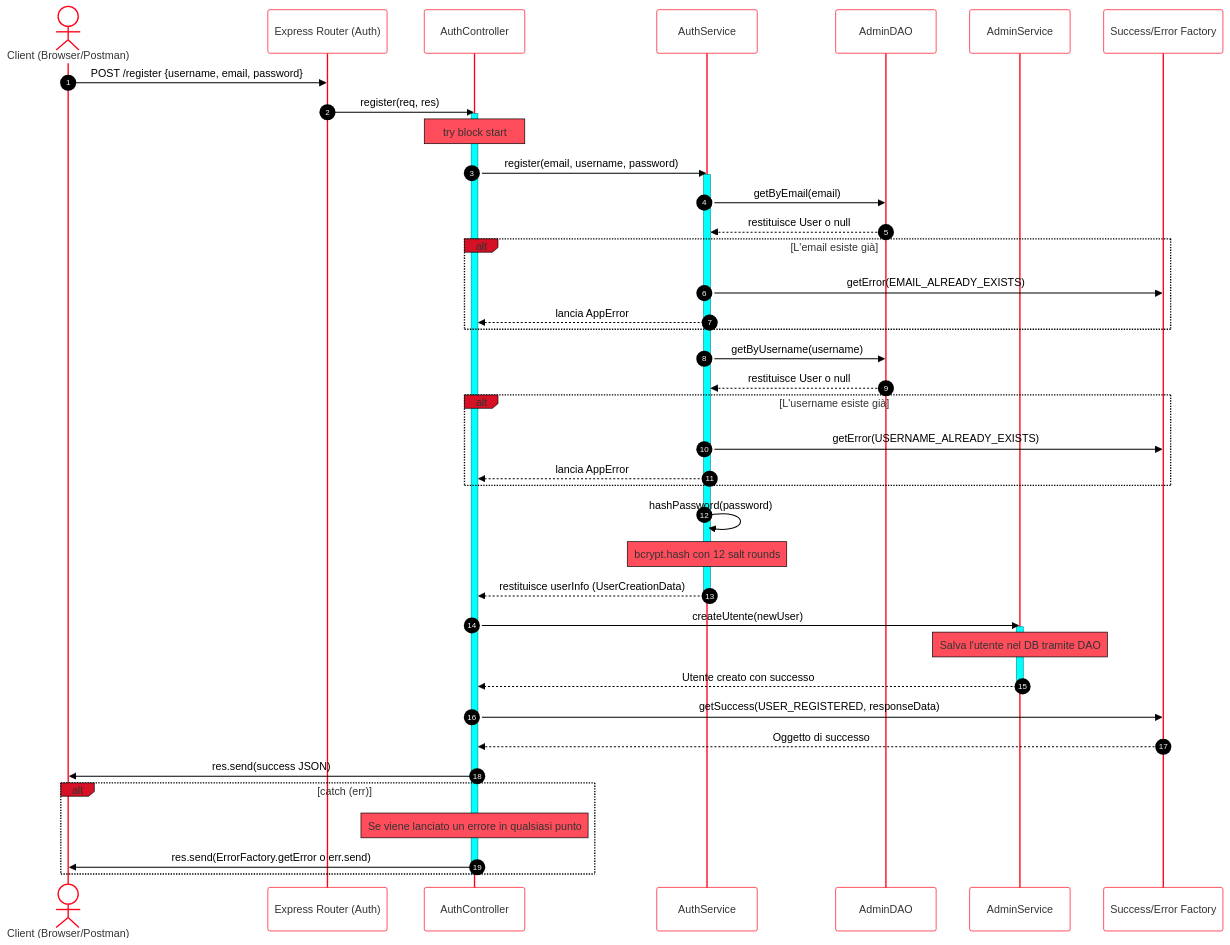
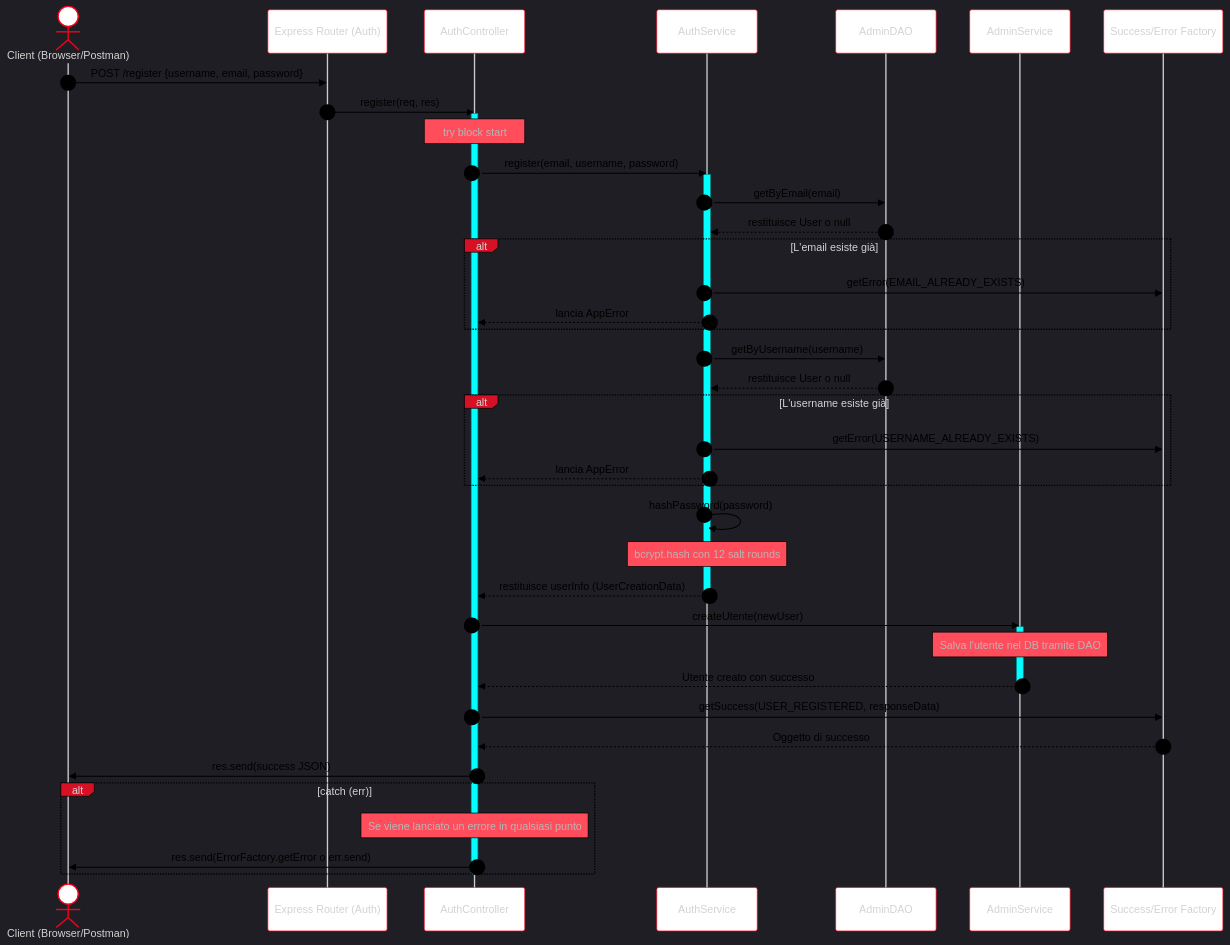
One commit to Barca2002/Progetto-Programmazione-avanzata changed the diagram in README.md. Above: the diagram before and after it, drawn with Mermaid.

````diff
--- a/README.md
+++ b/README.md
@@ -145,73 +145,73 @@
 ```mermaid
 ---
 config:
-    theme: base
+    theme: dark
     themeVariables:
         'actorBkg': '#ffffff'
         'actorBorder': '#ff0019'
         'labelBoxBkgColor': '#d61125'
         'labelBoxBorderColor': '#020000'
         'signalColor': '#000000'
         'signalTextColor': '#000000'
         'noteBkgColor': '#ff4d5c'
         'noteBorderColor': '#000000'
         'activationBkgColor': '#00ffff'
         'activationBorderColor': '#009494'
         'fontSize': '20px'
 ---
 sequenceDiagram
     autonumber
     actor Utente as Client (Browser/Postman)
     participant Router as Express Router (Auth)
     participant Ctrl as AuthController
     participant Serv as AuthService
     participant DAO as AdminDAO
     participant AdminServ as AdminService
     participant Fact as Success/Error Factory
 
     Utente->>Router: POST /register {username, email, password}
     Router->>Ctrl: register(req, res)
     activate Ctrl
 
     Note over Ctrl: try block start
     Ctrl->>Serv: register(email, username, password)
     activate Serv
 
     Serv->>DAO: getByEmail(email)
     DAO-->>Serv: restituisce User o null
     
     alt L'email esiste già
         Serv->>Fact: getError(EMAIL_ALREADY_EXISTS)
         Serv-->>Ctrl: lancia AppError
     end
 
     Serv->>DAO: getByUsername(username)
     DAO-->>Serv: restituisce User o null
 
     alt L'username esiste già
         Serv->>Fact: getError(USERNAME_ALREADY_EXISTS)
         Serv-->>Ctrl: lancia AppError
     end
 
     Serv->>Serv: hashPassword(password)
     Note over Serv: bcrypt.hash con 12 salt rounds
     
     Serv-->>Ctrl: restituisce userInfo (UserCreationData)
     deactivate Serv
 
     Ctrl->>AdminServ: createUtente(newUser)
     activate AdminServ
     Note over AdminServ: Salva l'utente nel DB tramite DAO
     AdminServ-->>Ctrl: Utente creato con successo
     deactivate AdminServ
 
     Ctrl->>Fact: getSuccess(USER_REGISTERED, responseData)
     Fact-->>Ctrl: Oggetto di successo
     Ctrl->>Utente: res.send(success JSON)
 
     alt catch (err)
         Note over Ctrl: Se viene lanciato un errore in qualsiasi punto
         Ctrl->>Utente: res.send(ErrorFactory.getError o err.send)
     end
     deactivate Ctrl
 ```
````
